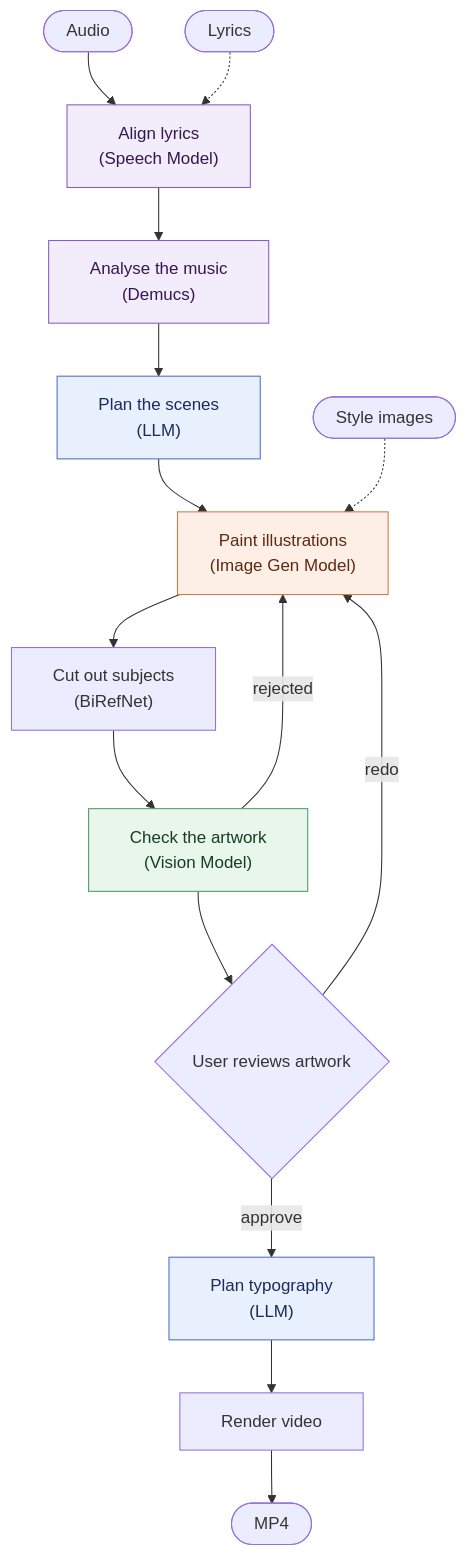
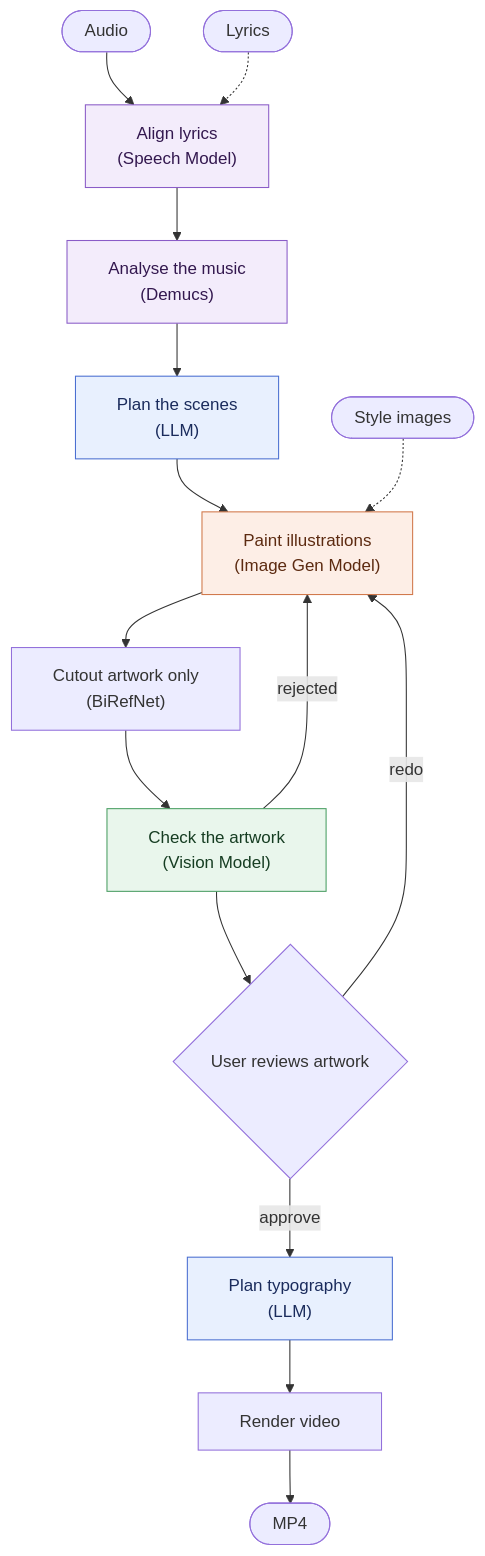
Before and after one commit to joncastillo/Kinetic_Lyrics: the first of 2 diagrams in README.md, drawn with Mermaid. The commit also changed other lines of this file, not shown here.

````diff
--- a/README.md
+++ b/README.md
@@ -20,26 +20,26 @@
 ```mermaid
 flowchart TD
     A(["#nbsp;#nbsp;Audio#nbsp;#nbsp;"]) --> B["#nbsp;#nbsp;Align lyrics#nbsp;#nbsp;<br/>(Speech Model)"]
     L(["#nbsp;#nbsp;Lyrics#nbsp;#nbsp;"]) -.-> B
     B --> C["#nbsp;#nbsp;Analyse the music#nbsp;#nbsp;<br/>(Demucs)"]
     C --> D["#nbsp;#nbsp;Plan the scenes#nbsp;#nbsp;<br/>(LLM)"]
     D --> E["#nbsp;#nbsp;Paint illustrations#nbsp;#nbsp;<br/>(Image Gen Model)"]
     S(["#nbsp;#nbsp;Style images#nbsp;#nbsp;"]) -.-> E
-    E --> F["#nbsp;#nbsp;Cut out subjects#nbsp;#nbsp;<br/>(BiRefNet)"]
+    E --> F["#nbsp;#nbsp;Cutout artwork only#nbsp;#nbsp;<br/>(BiRefNet)"]
     F --> R["#nbsp;#nbsp;Check the artwork#nbsp;#nbsp;<br/>(Vision Model)"]
     R -- rejected --> E
     R --> G{"#nbsp;#nbsp;User reviews artwork#nbsp;#nbsp;"}
     G -- redo --> E
     G -- approve --> H["#nbsp;#nbsp;Plan typography#nbsp;#nbsp;<br/>(LLM)"]
     H --> I["#nbsp;#nbsp;Render video#nbsp;#nbsp;"]
     I --> V(["#nbsp;#nbsp;MP4#nbsp;#nbsp;"])
 
     classDef llm fill:#e8f0fe,stroke:#4a6fd1,color:#1a2b5c
     classDef image fill:#fdeee6,stroke:#d1784a,color:#5c2a10
     classDef vision fill:#e9f6ec,stroke:#4a9e63,color:#163d22
     classDef audio fill:#f3ecfb,stroke:#8a5cc7,color:#33184f
     class D,H llm
     class E image
     class R vision
     class B,C audio
 ```
````
